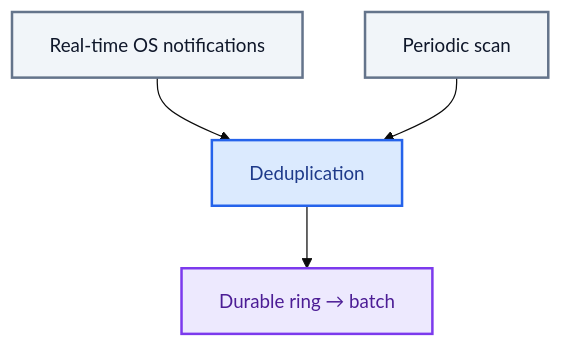
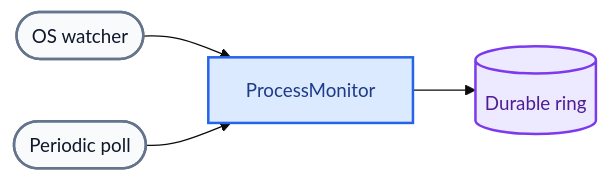
The third of 4 diagrams in docs/architecture.md (TrustEdgeOrg/TrustEdge-Agent), drawn with Mermaid before and after one commit. The commit also changed other lines of this file and 7 other files, not shown here.

First line of the commit message:
Tighten agent docs: professional architecture and less overlap.

````diff
--- a/docs/architecture.md
+++ b/docs/architecture.md
@@ -159,19 +148,15 @@
 ```mermaid
 %%{init: {'theme': 'base', 'themeVariables': {'fontSize': '15px', 'fontFamily': 'arial'}}}%%
-flowchart TB
-    RT["Real-time OS notifications"]
-    POLL["Periodic scan"]
-    DEDUP["Deduplication"]
-    OUT["Durable ring → batch"]
+flowchart LR
+    RT(["OS watcher"]) --> M["ProcessMonitor"]
+    POLL(["Periodic poll"]) --> M
+    M --> OUT[("Durable ring")]
 
-    RT --> DEDUP --> OUT
-    POLL --> DEDUP
-
-    classDef rt fill:#F1F5F9,stroke:#64748B,stroke-width:2px,color:#0F172A
-    classDef dedup fill:#DBEAFE,stroke:#2563EB,stroke-width:2px,color:#1E3A8A
+    classDef in fill:#F8FAFC,stroke:#64748B,stroke-width:2px,color:#0F172A
+    classDef mon fill:#DBEAFE,stroke:#2563EB,stroke-width:2px,color:#1E3A8A
     classDef out fill:#EDE9FE,stroke:#7C3AED,stroke-width:2px,color:#4C1D95
 
-    class RT,POLL rt
-    class DEDUP dedup
+    class RT,POLL in
+    class M mon
     class OUT out
 ```
````
